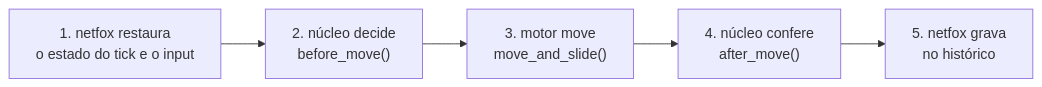
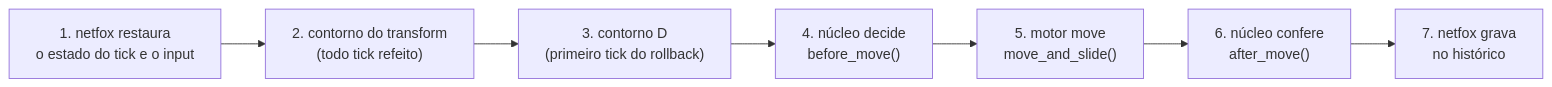
Before and after one commit to Kibryant/jogo-acrobatico: the third of 5 diagrams in docs/arquitetura/visao-geral.md, drawn with Mermaid. The commit also changed other lines of this file and 200 other files, not shown here.

````diff
--- a/docs/arquitetura/visao-geral.md
+++ b/docs/arquitetura/visao-geral.md
@@ -103,7 +103,9 @@
 ```mermaid
 flowchart LR
-  r["1. netfox restaura<br/>o estado do tick e o input"] --> b["2. núcleo decide<br/>before_move()"]
-  b --> m["3. motor move<br/>move_and_slide()"]
-  m --> a["4. núcleo confere<br/>after_move()"]
-  a --> g["5. netfox grava<br/>no histórico"]
+  r["1. netfox restaura<br/>o estado do tick e o input"] --> t["2. contorno do transform<br/>(todo tick refeito)"]
+  t --> d["3. contorno D<br/>(primeiro tick do rollback)"]
+  d --> b["4. núcleo decide<br/>before_move()"]
+  b --> m["5. motor move<br/>move_and_slide()"]
+  m --> a["6. núcleo confere<br/>after_move()"]
+  a --> g["7. netfox grava<br/>no histórico"]
 ```
````
